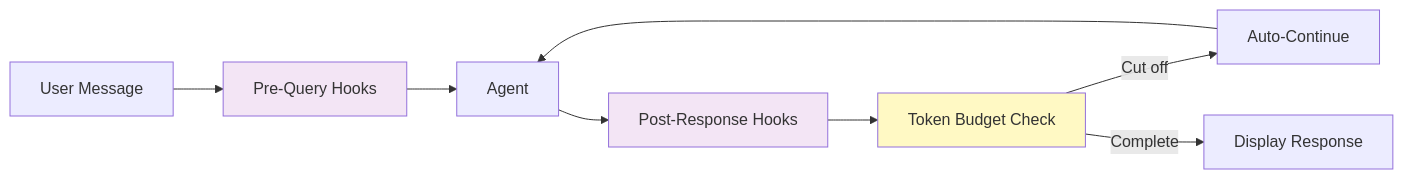
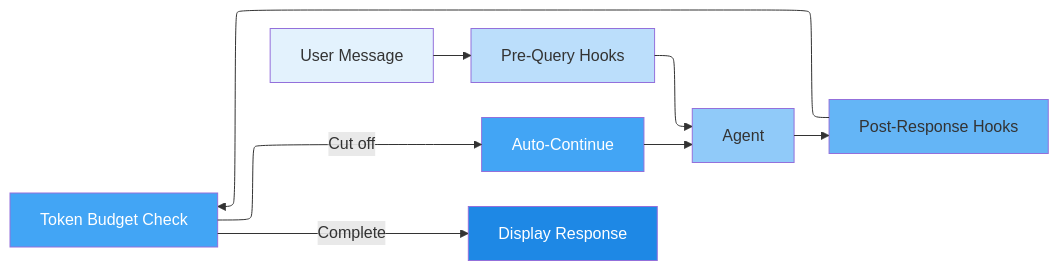
One commit to yiqiao-yin/wyn360-cli changed the second of 4 diagrams in docusaurus-docs/docs/architecture/system.md. Above: the diagram before and after it, drawn with Mermaid. The commit also changed other lines of this file and 1 other file, not shown here.

First line of the commit message:
style: Add ELK layout and blue gradient to all Mermaid diagrams

````diff
--- a/docusaurus-docs/docs/architecture/system.md
+++ b/docusaurus-docs/docs/architecture/system.md
@@ -117,14 +145,22 @@
 ```mermaid
+---
+config:
+  layout: elk
+---
 graph LR
     Input[User Message] --> Pre[Pre-Query Hooks]
     Pre --> Agent[Agent]
     Agent --> Post[Post-Response Hooks]
     Post --> Budget[Token Budget Check]
     Budget -->|Cut off| Continue[Auto-Continue]
     Continue --> Agent
     Budget -->|Complete| Output[Display Response]
 
-    style Pre fill:#f3e5f5
-    style Post fill:#f3e5f5
-    style Budget fill:#fff9c4
+    style Input fill:#e3f2fd
+    style Pre fill:#bbdefb
+    style Agent fill:#90caf9
+    style Post fill:#64b5f6
+    style Budget fill:#42a5f5,color:#fff
+    style Continue fill:#42a5f5,color:#fff
+    style Output fill:#1e88e5,color:#fff
 ```
````
